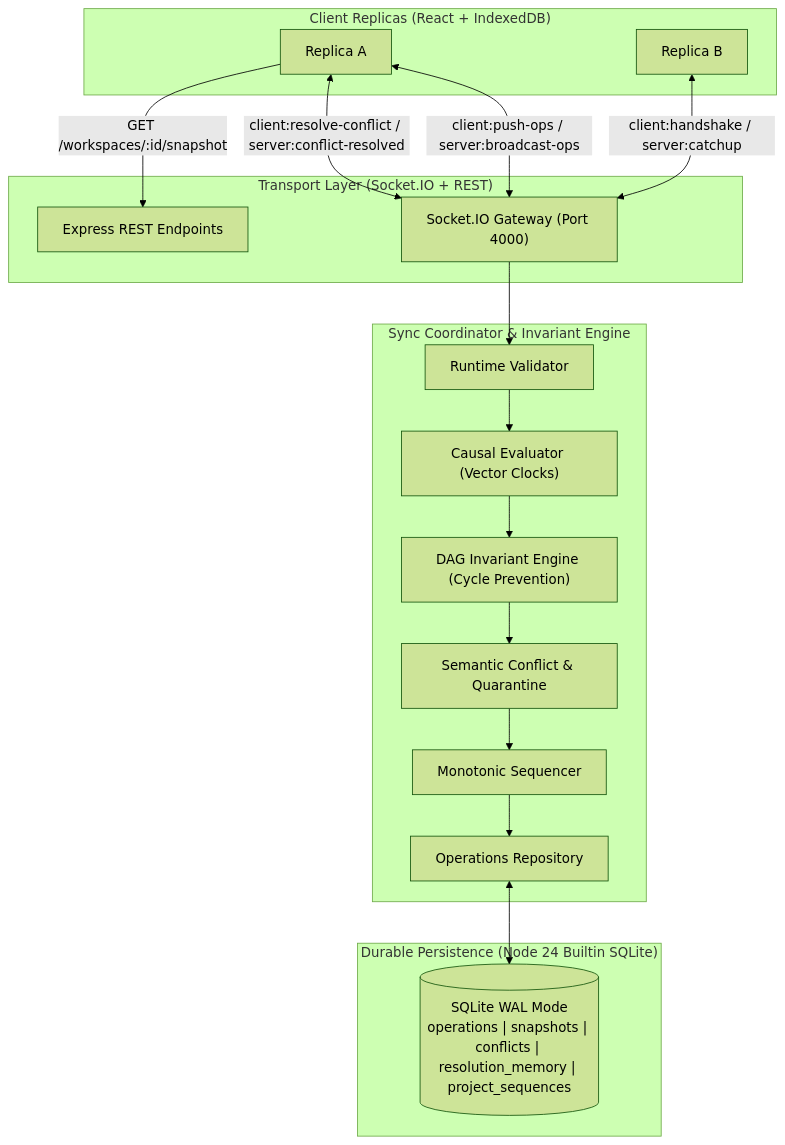
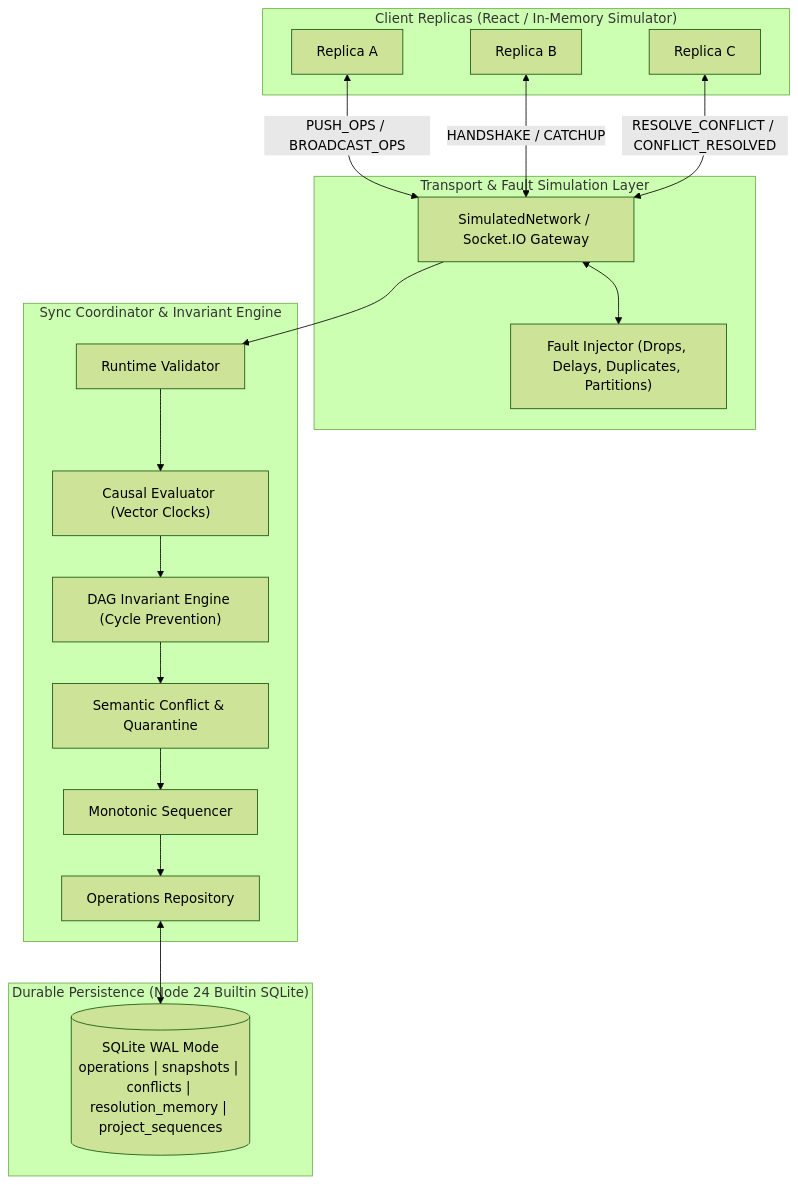
One commit to brijesh2563/bytex-ampics changed the diagram in docs/NEXUSSYNC_ARCHITECTURE_AND_LOGIC.md. Above: the diagram before and after it, drawn with Mermaid (forest theme). The commit also changed other lines of this file and 8 other files, not shown here.

````diff
--- a/docs/NEXUSSYNC_ARCHITECTURE_AND_LOGIC.md
+++ b/docs/NEXUSSYNC_ARCHITECTURE_AND_LOGIC.md
@@ -21,38 +22,39 @@
 ```mermaid
 flowchart TD
-    subgraph ClientReplicas["Client Replicas (React + IndexedDB)"]
+    subgraph ClientReplicas["Client Replicas (React / In-Memory Simulator)"]
         ClientA["Replica A"]
         ClientB["Replica B"]
+        ClientC["Replica C"]
     end
 
-    subgraph Transport["Transport Layer (Socket.IO + REST)"]
-        Gateway["Socket.IO Gateway (Port 4000)"]
-        REST["Express REST Endpoints"]
+    subgraph Transport["Transport & Fault Simulation Layer"]
+        SimNet["SimulatedNetwork / Socket.IO Gateway"]
+        Faults["Fault Injector (Drops, Delays, Duplicates, Partitions)"]
     end
 
     subgraph SyncCore["Sync Coordinator & Invariant Engine"]
         Validator["Runtime Validator"]
         Causality["Causal Evaluator (Vector Clocks)"]
         DAGEngine["DAG Invariant Engine (Cycle Prevention)"]
         ConflictEngine["Semantic Conflict & Quarantine"]
         Sequencer["Monotonic Sequencer"]
         Repo["Operations Repository"]
     end
 
     subgraph Storage["Durable Persistence (Node 24 Builtin SQLite)"]
         DB[("SQLite WAL Mode\noperations | snapshots | conflicts | resolution_memory | project_sequences")]
     end
 
-    ClientA <-->|client:push-ops / server:broadcast-ops| Gateway
-    ClientB <-->|client:handshake / server:catchup| Gateway
-    ClientA <-->|client:resolve-conflict / server:conflict-resolved| Gateway
-    ClientA -->|GET /workspaces/:id/snapshot| REST
+    ClientA <-->|PUSH_OPS / BROADCAST_OPS| SimNet
+    ClientB <-->|HANDSHAKE / CATCHUP| SimNet
+    ClientC <-->|RESOLVE_CONFLICT / CONFLICT_RESOLVED| SimNet
+    SimNet <--> Faults
 
-    Gateway --> Validator
+    SimNet --> Validator
     Validator --> Causality
     Causality --> DAGEngine
     DAGEngine --> ConflictEngine
     ConflictEngine --> Sequencer
     Sequencer --> Repo
     Repo <--> DB
 ```
````
